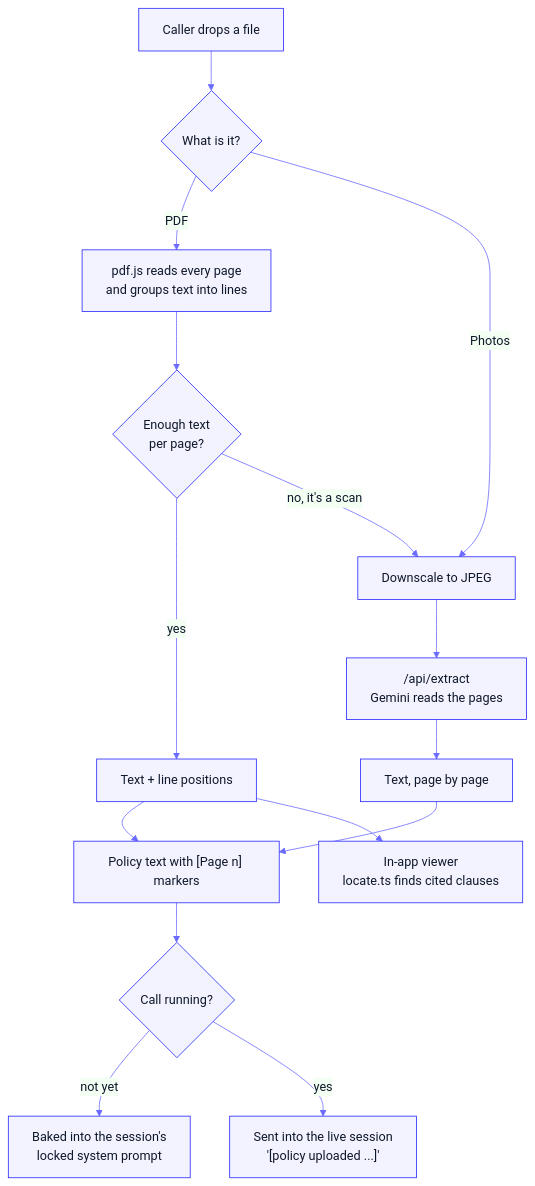
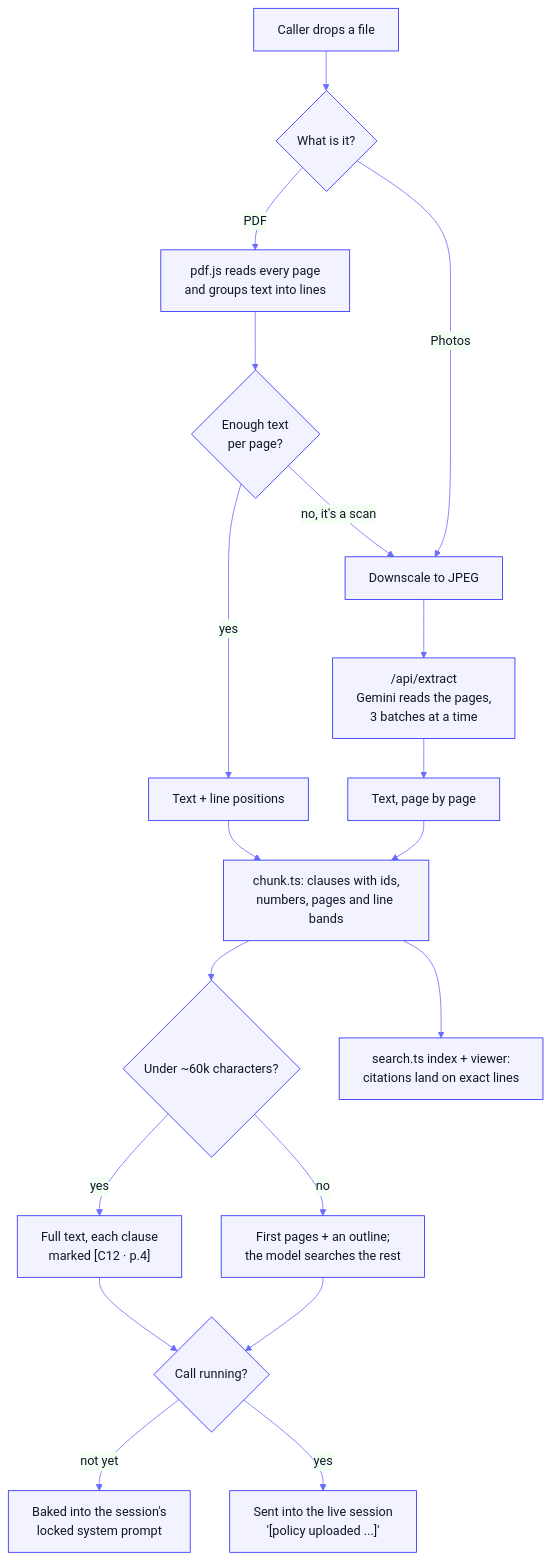
One commit to sehscape/NetworkScienceTask changed the third of 6 diagrams in README.md. Above: the diagram before and after it, drawn with Mermaid. The commit also changed other lines of this file and 5 other files, not shown here.

Commit message:
Document long-policy search and guardrails in the README

````diff
--- a/README.md
+++ b/README.md
@@ -195,18 +226,22 @@
 ```mermaid
 %%{init: {'theme':'base','themeVariables':{'primaryColor':'#F3F3FF','primaryBorderColor':'#2424FF','primaryTextColor':'#0F172A','lineColor':'#6B6BFF'}}}%%
 flowchart TD
     A["Caller drops a file"] --> B{"What is it?"}
     B -- "PDF" --> C["pdf.js reads every page<br/>and groups text into lines"]
     B -- "Photos" --> E["Downscale to JPEG"]
     C --> D{"Enough text<br/>per page?"}
     D -- "yes" --> F["Text + line positions"]
     D -- "no, it's a scan" --> E
-    E --> G["/api/extract<br/>Gemini reads the pages"]
+    E --> G["/api/extract<br/>Gemini reads the pages,<br/>3 batches at a time"]
     G --> H["Text, page by page"]
-    F --> I["Policy text with [Page n] markers"]
+    F --> I["chunk.ts: clauses with ids,<br/>numbers, pages and line bands"]
     H --> I
-    I --> J{"Call running?"}
+    I --> N{"Under ~60k characters?"}
+    N -- "yes" --> O["Full text, each clause<br/>marked [C12 · p.4]"]
+    N -- "no" --> P["First pages + an outline;<br/>the model searches the rest"]
+    O --> J{"Call running?"}
+    P --> J
     J -- "not yet" --> K["Baked into the session's<br/>locked system prompt"]
     J -- "yes" --> L["Sent into the live session<br/>'[policy uploaded ...]'"]
-    F --> M["In-app viewer<br/>locate.ts finds cited clauses"]
+    I --> M["search.ts index + viewer:<br/>citations land on exact lines"]
 ```
````
